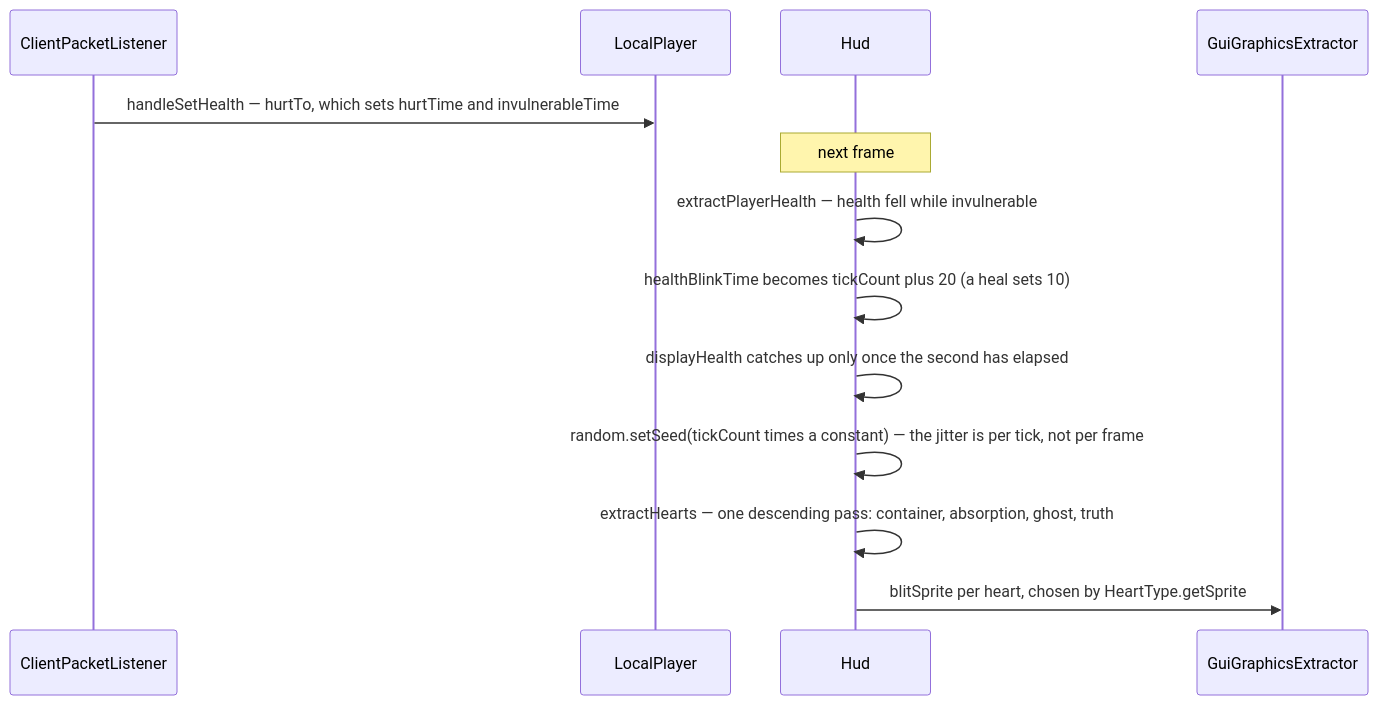
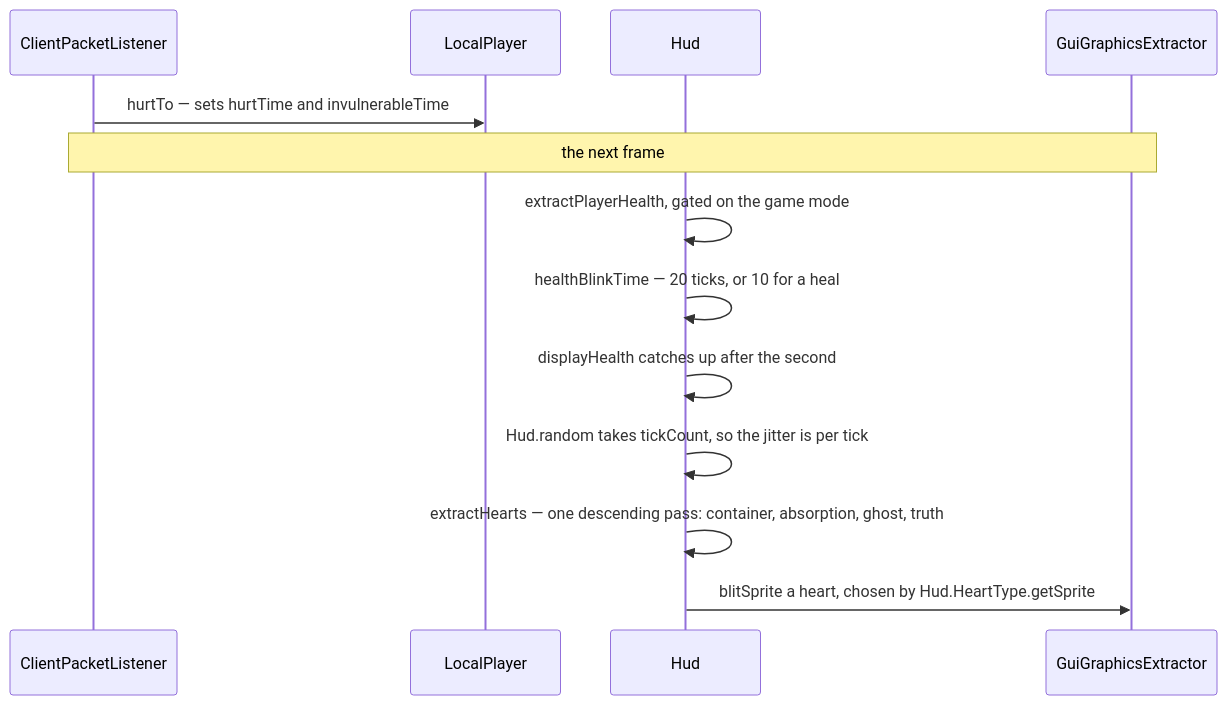
The second of 2 diagrams in src/systems/client/hud.md (AlexanderjFraser/MinecraftDocs), drawn with Mermaid before and after one commit. The commit also changed other lines of this file and 18 other files, not shown here.

````diff
--- a/src/systems/client/hud.md
+++ b/src/systems/client/hud.md
@@ -150,16 +157,16 @@
 ```mermaid
 sequenceDiagram
     participant CPL as ClientPacketListener
     participant LP as LocalPlayer
     participant Hud as Hud
     participant GGE as GuiGraphicsExtractor
 
-    CPL->>LP: handleSetHealth — hurtTo, which sets hurtTime and invulnerableTime
-    Note over Hud: next frame
-    Hud->>Hud: extractPlayerHealth — health fell while invulnerable
-    Hud->>Hud: healthBlinkTime becomes tickCount plus 20 (a heal sets 10)
-    Hud->>Hud: displayHealth catches up only once the second has elapsed
-    Hud->>Hud: random.setSeed(tickCount times a constant) — the jitter is per tick, not per frame
+    CPL->>LP: hurtTo — sets hurtTime and invulnerableTime
+    Note over CPL,GGE: the next frame
+    Hud->>Hud: extractPlayerHealth, gated on the game mode
+    Hud->>Hud: healthBlinkTime — 20 ticks, or 10 for a heal
+    Hud->>Hud: displayHealth catches up after the second
+    Hud->>Hud: Hud.random takes tickCount, so the jitter is per tick
     Hud->>Hud: extractHearts — one descending pass: container, absorption, ghost, truth
-    Hud->>GGE: blitSprite per heart, chosen by HeartType.getSprite
+    Hud->>GGE: blitSprite a heart, chosen by Hud.HeartType.getSprite
 ```
````
